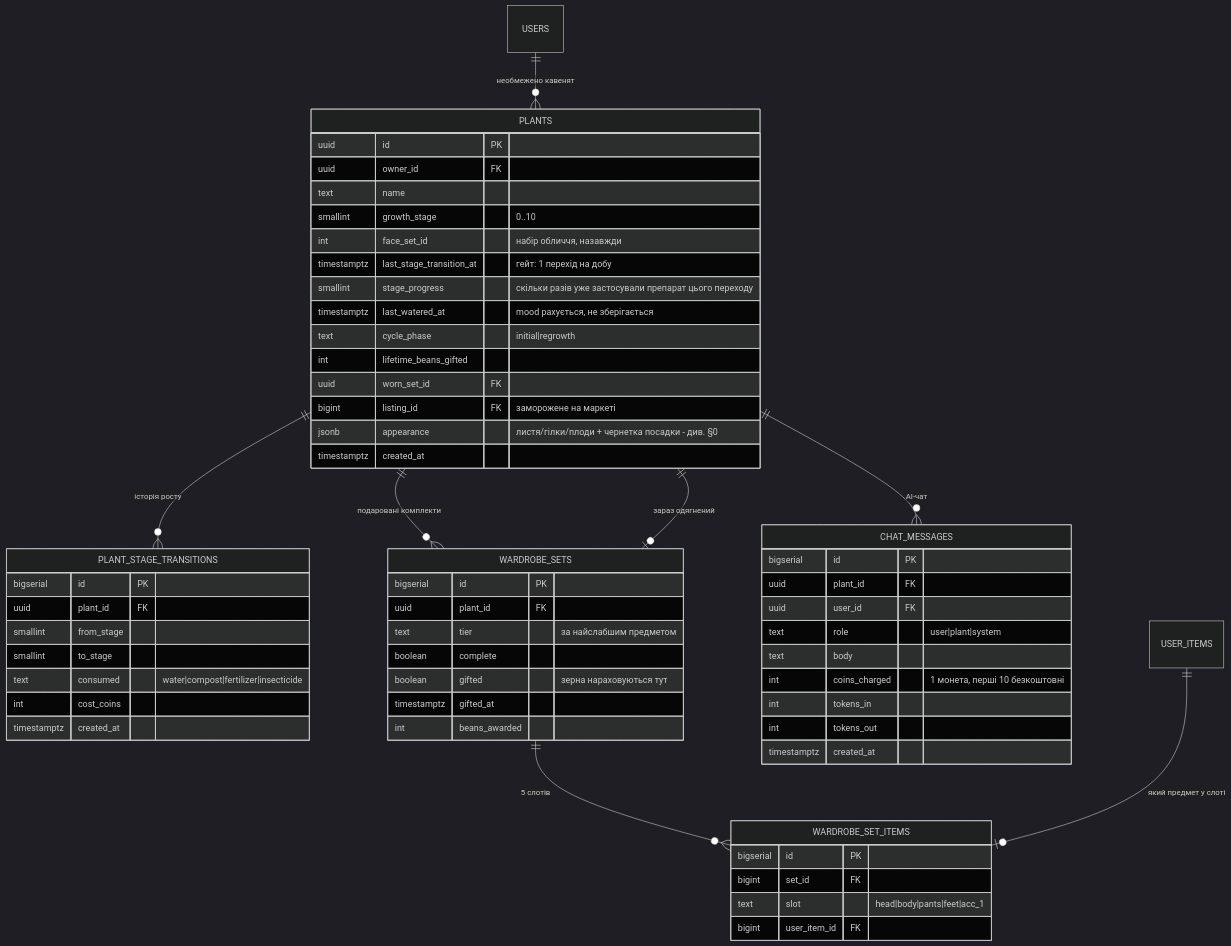
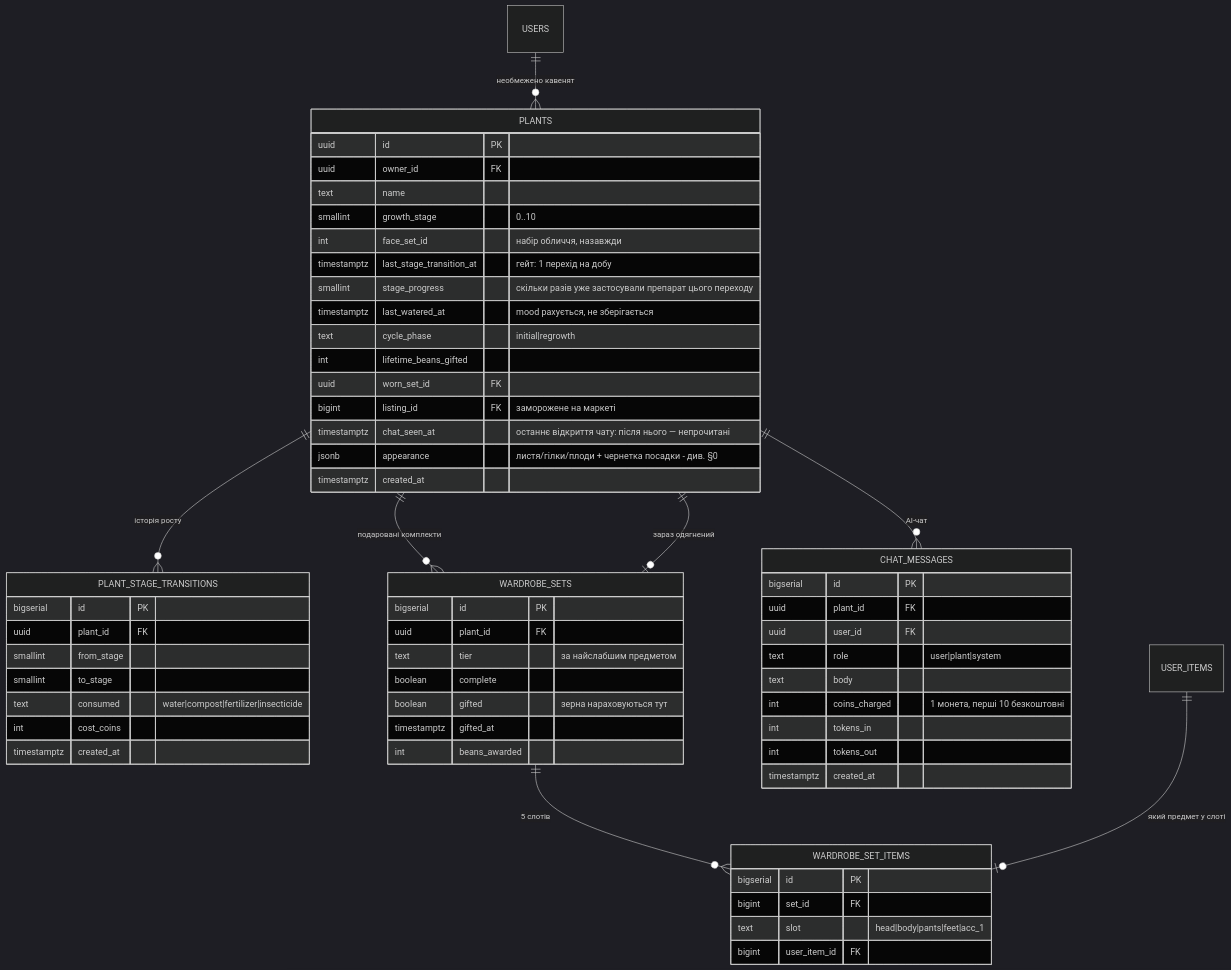
The third of 4 diagrams in docs/db-schema.md (arsengoian/extrovert.cafe), drawn with Mermaid (dark theme) before and after one commit. The commit also changed 9 other files, not shown here.

````diff
--- a/docs/db-schema.md
+++ b/docs/db-schema.md
@@ -504,62 +504,63 @@
 ```mermaid
 erDiagram
     USERS ||--o{ PLANTS : "необмежено кавенят"
     PLANTS ||--o{ PLANT_STAGE_TRANSITIONS : "історія росту"
     PLANTS ||--o{ WARDROBE_SETS : "подаровані комплекти"
     PLANTS ||--o{ CHAT_MESSAGES : "AI-чат"
     WARDROBE_SETS ||--o{ WARDROBE_SET_ITEMS : "5 слотів"
     USER_ITEMS ||--o| WARDROBE_SET_ITEMS : "який предмет у слоті"
     PLANTS ||--o| WARDROBE_SETS : "зараз одягнений"
 
     PLANTS {
         uuid id PK
         uuid owner_id FK
         text name
         smallint growth_stage "0..10"
         int face_set_id "набір обличчя, назавжди"
         timestamptz last_stage_transition_at "гейт: 1 перехід на добу"
         smallint stage_progress "скільки разів уже застосували препарат цього переходу"
         timestamptz last_watered_at "mood рахується, не зберігається"
         text cycle_phase "initial|regrowth"
         int lifetime_beans_gifted
         uuid worn_set_id FK
         bigint listing_id FK "заморожене на маркеті"
+        timestamptz chat_seen_at "останнє відкриття чату: після нього — непрочитані"
         jsonb appearance "листя/гілки/плоди + чернетка посадки - див. §0"
         timestamptz created_at
     }
     PLANT_STAGE_TRANSITIONS {
         bigserial id PK
         uuid plant_id FK
         smallint from_stage
         smallint to_stage
         text consumed "water|compost|fertilizer|insecticide"
         int cost_coins
         timestamptz created_at
     }
     WARDROBE_SETS {
         bigserial id PK
         uuid plant_id FK
         text tier "за найслабшим предметом"
         boolean complete
         boolean gifted "зерна нараховуються тут"
         timestamptz gifted_at
         int beans_awarded
     }
     WARDROBE_SET_ITEMS {
         bigserial id PK
         bigint set_id FK
         text slot "head|body|pants|feet|acc_1"
         bigint user_item_id FK
     }
     CHAT_MESSAGES {
         bigserial id PK
         uuid plant_id FK
         uuid user_id FK
         text role "user|plant|system"
         text body
         int coins_charged "1 монета, перші 10 безкоштовні"
         int tokens_in
         int tokens_out
         timestamptz created_at
     }
 ```
````
